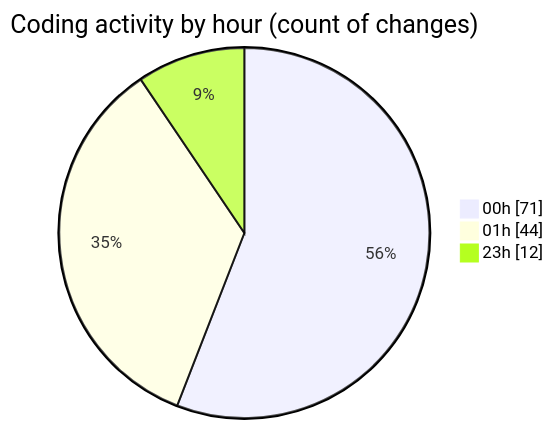
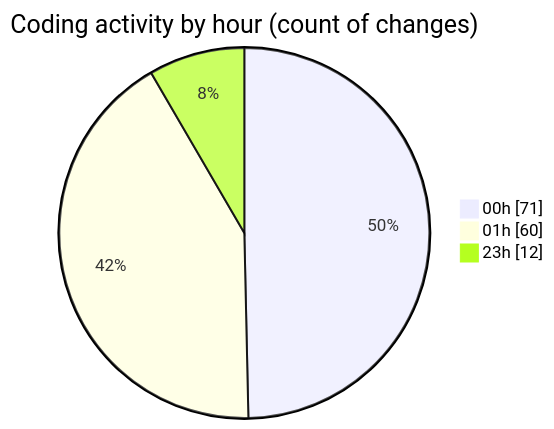
The second of 2 diagrams in 2025-07-17/mern-workoutboard/README.md (Ritupan-Deka/code-tracking), drawn with Mermaid before and after one commit. The commit also changed other lines of this file and 1 other file, not shown here.

````diff
--- a/2025-07-17/mern-workoutboard/README.md
+++ b/2025-07-17/mern-workoutboard/README.md
@@ -29,7 +29,7 @@
 ```mermaid
 pie showData
 title Coding activity by hour (count of changes)
 "00h" : 71
-"01h" : 44
+"01h" : 60
 "23h" : 12
 ```
````
